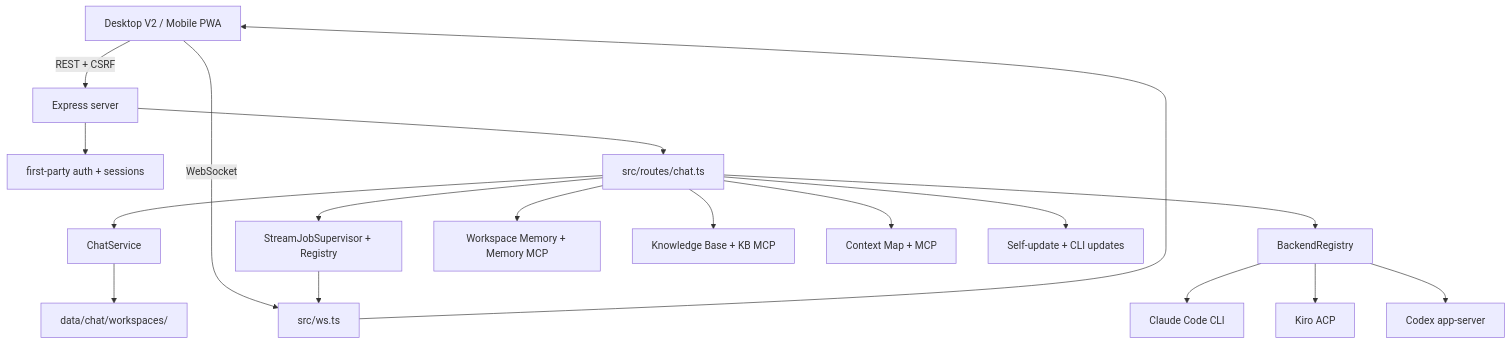
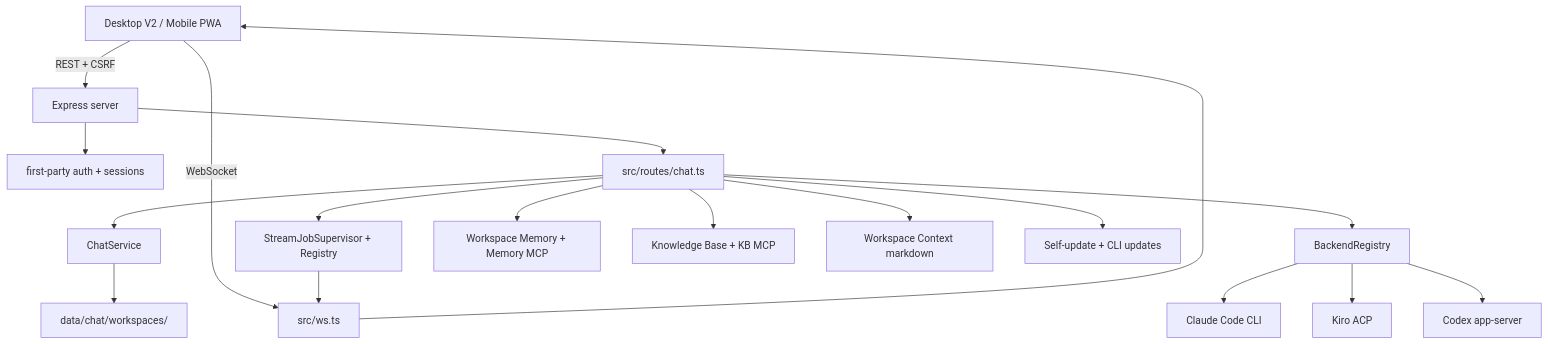
The first of 9 diagrams in docs/spec-coverage.md (daronyondem/agent-cockpit), drawn with Mermaid before and after one commit. The commit also changed other lines of this file and 88 other files, not shown here.

Commit message:
Replace Context Map with Workspace Context

````diff
--- a/docs/spec-coverage.md
+++ b/docs/spec-coverage.md
@@ -65,20 +65,20 @@
 ```mermaid
 flowchart TD
   Browser["Desktop V2 / Mobile PWA"] -->|REST + CSRF| Express["Express server"]
   Browser -->|WebSocket| WS["src/ws.ts"]
   Express --> Auth["first-party auth + sessions"]
   Express --> ChatRoutes["src/routes/chat.ts"]
   ChatRoutes --> ChatService["ChatService"]
   ChatRoutes --> StreamSupervisor["StreamJobSupervisor + Registry"]
   ChatRoutes --> BackendRegistry["BackendRegistry"]
   BackendRegistry --> Claude["Claude Code CLI"]
   BackendRegistry --> Kiro["Kiro ACP"]
   BackendRegistry --> Codex["Codex app-server"]
   ChatService --> WorkspaceFiles["data/chat/workspaces/<hash>"]
   ChatRoutes --> Memory["Workspace Memory + Memory MCP"]
   ChatRoutes --> KB["Knowledge Base + KB MCP"]
-  ChatRoutes --> ContextMap["Context Map + MCP"]
+  ChatRoutes --> WorkspaceContext["Workspace Context markdown"]
   ChatRoutes --> Updates["Self-update + CLI updates"]
   WS --> Browser
   StreamSupervisor --> WS
 ```
````
